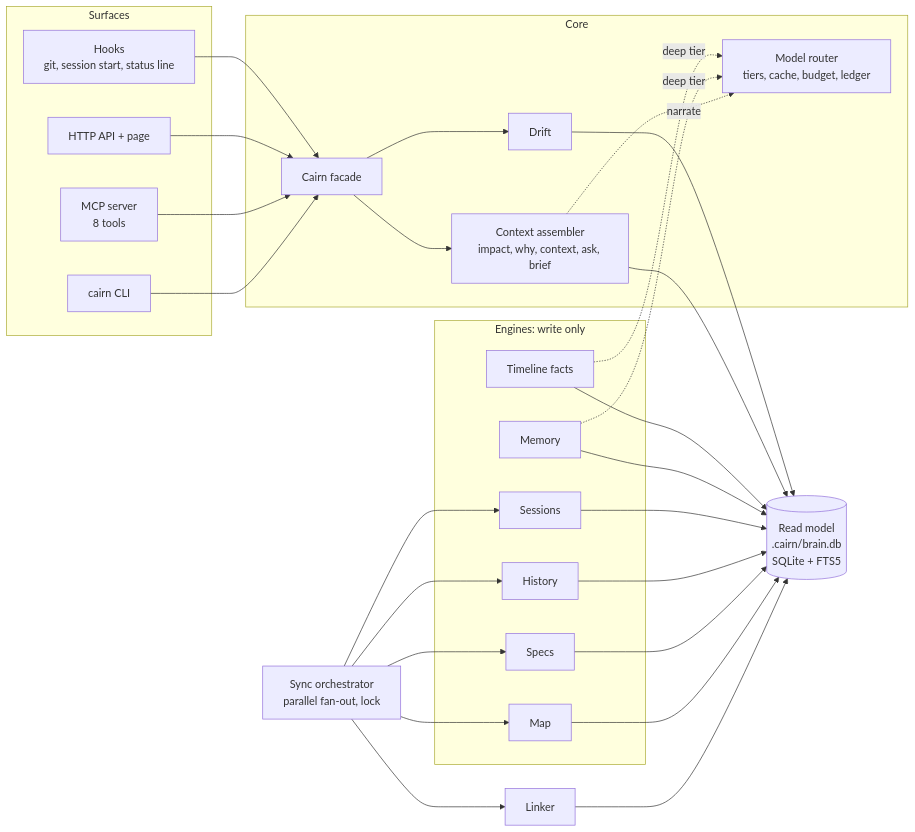
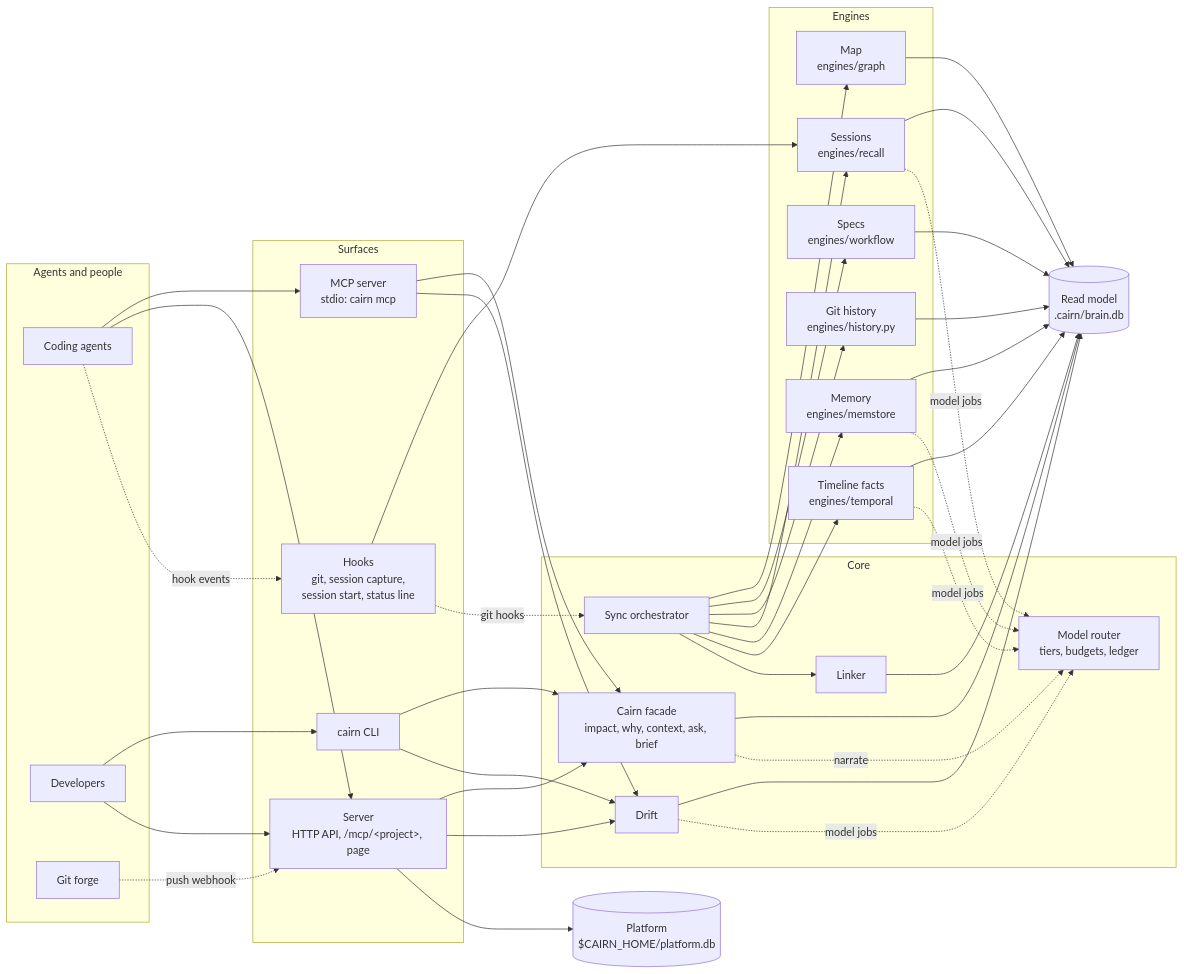
One commit to Shashank2577/cairn changed the diagram in docs/architecture.md. Above: the diagram before and after it, drawn with Mermaid. The commit also changed other lines of this file and 1069 other files, not shown here.

````diff
--- a/docs/architecture.md
+++ b/docs/architecture.md
@@ -5,32 +8,46 @@
 ```mermaid
 flowchart LR
+  subgraph Agents and people
+    AG[Coding agents]
+    DEV[Developers]
+    GIT[Git forge]
+  end
   subgraph Surfaces
     CLI[cairn CLI]
-    MCP[MCP server<br/>8 tools]
-    UI[HTTP API + page]
-    HK[Hooks<br/>git, session start, status line]
+    MCPS[MCP server<br/>stdio: cairn mcp]
+    SRV[Server<br/>HTTP API, /mcp/&lt;project&gt;, page]
+    HK[Hooks<br/>git, session capture,<br/>session start, status line]
   end
   subgraph Core
-    F[Cairn facade]
-    CA[Context assembler<br/>impact, why, context, ask, brief]
+    F[Cairn facade<br/>impact, why, context, ask, brief]
     DR[Drift]
-    RT[Model router<br/>tiers, cache, budget, ledger]
+    RT[Model router<br/>tiers, budgets, ledger]
+    SY[Sync orchestrator]
+    LK[Linker]
   end
-  RM[(Read model<br/>.cairn/brain.db<br/>SQLite + FTS5)]
-  subgraph Engines [Engines: write only]
-    MAP[Map]
-    SPC[Specs]
-    HIS[History]
-    SES[Sessions]
-    MEM[Memory]
-    TL[Timeline facts]
+  RM[(Read model<br/>.cairn/brain.db)]
+  subgraph Engines
+    G[Map<br/>engines/graph]
+    W[Specs<br/>engines/workflow]
+    H[Git history<br/>engines/history.py]
+    R[Sessions<br/>engines/recall]
+    T[Timeline facts<br/>engines/temporal]
+    M[Memory<br/>engines/memstore]
   end
-  SY[Sync orchestrator<br/>parallel fan-out, lock]
-  CLI & MCP & UI & HK --> F --> CA & DR
-  CA & DR --> RM
-  CA -. narrate .-> RT
-  SY --> MAP & SPC & HIS & SES
-  SY --> LK[Linker] --> RM
-  MAP & SPC & HIS & SES & MEM & TL --> RM
-  MEM & TL -. deep tier .-> RT
+  PL[(Platform<br/>$CAIRN_HOME/platform.db)]
+  AG --> MCPS & SRV
+  AG -. hook events .-> HK
+  DEV --> CLI & SRV
+  GIT -. push webhook .-> SRV
+  CLI & MCPS & SRV --> F & DR
+  HK --> R
+  HK -. git hooks .-> SY
+  SRV --> PL
+  F & DR --> RM
+  SY --> G & W & H & R & M
+  SY --> T
+  SY --> LK --> RM
+  G & W & H & R & M & T --> RM
+  F -. narrate .-> RT
+  R & T & M & DR -. model jobs .-> RT
 ```
````
